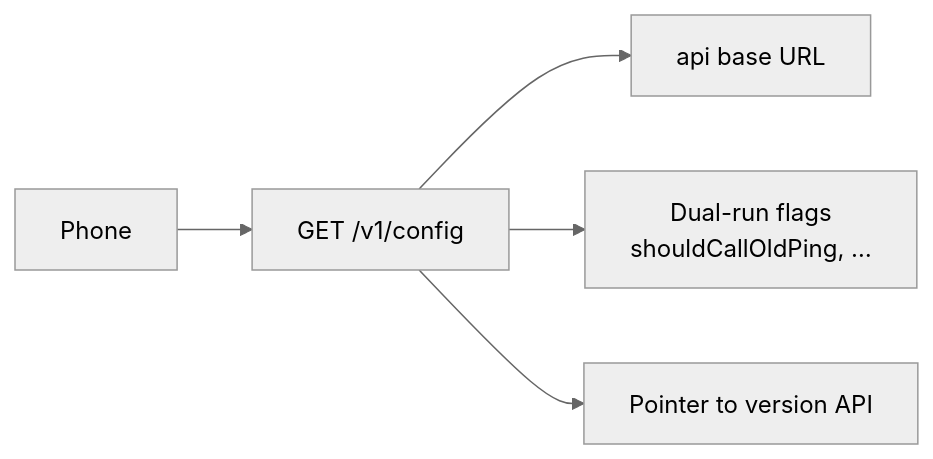
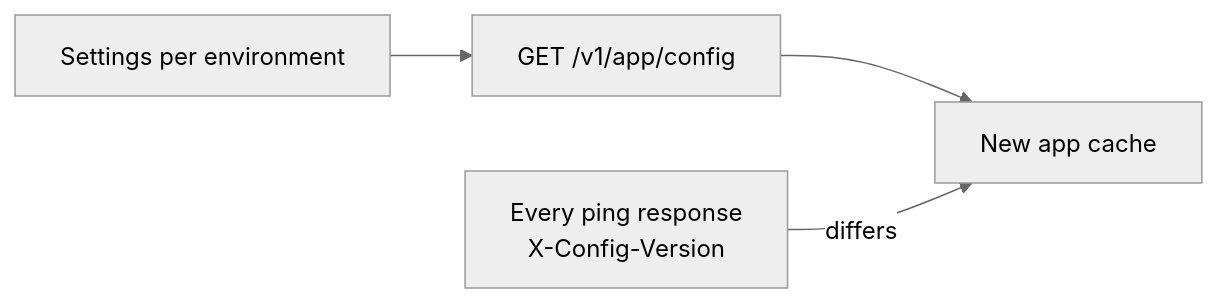
Before and after one commit to ryenguyen7411/jms-docs: the diagram in plans-next-architecture/09-app-remote-config.md, drawn with Mermaid (neutral theme). The commit also changed other lines of this file and 12 other files, not shown here.

````diff
--- a/plans-next-architecture/09-app-remote-config.md
+++ b/plans-next-architecture/09-app-remote-config.md
@@ -9,7 +9,6 @@
 ```mermaid
 flowchart LR
-    APP["Phone"] --> CFG["GET /v1/config"]
-    CFG --> BASE["api base URL"]
-    CFG --> FLAGS["Dual-run flags\nshouldCallOldPing, …"]
-    CFG --> VER["Pointer to version API"]
+    SET["Settings per environment"] --> CFG["GET /v1/app/config"]
+    CFG --> APP["New app cache"]
+    PING["Every ping response<br/>X-Config-Version"] -->|"differs"| APP
 ```
````
